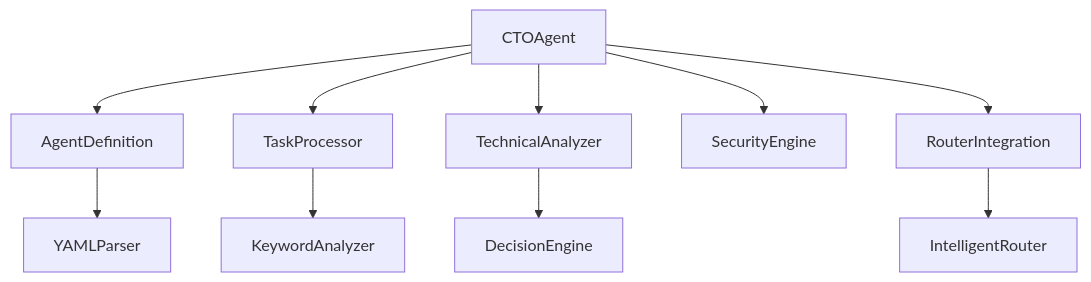
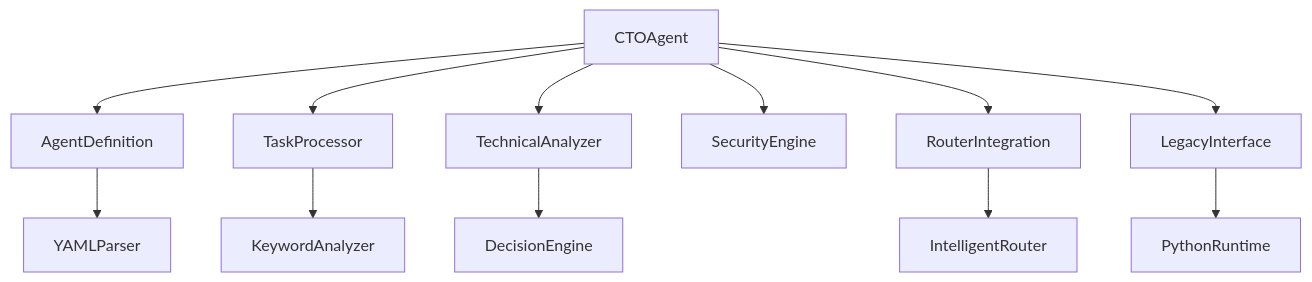
Before and after one commit to 371-Minds/os: the fifth of 5 diagrams in .qoder/repowiki/en/content/CTO Agent (Alex).md, drawn with Mermaid. The commit also changed other lines of this file and 8 other files, not shown here.

````diff
--- a/.qoder/repowiki/en/content/CTO Agent (Alex).md
+++ b/.qoder/repowiki/en/content/CTO Agent (Alex).md
@@ -320,12 +332,14 @@
 ```mermaid
 graph TD
 CTOAgent --> AgentDefinition
 CTOAgent --> TaskProcessor
 CTOAgent --> TechnicalAnalyzer
 CTOAgent --> SecurityEngine
 CTOAgent --> RouterIntegration
+CTOAgent --> LegacyInterface
 AgentDefinition --> YAMLParser
 TaskProcessor --> KeywordAnalyzer
 TechnicalAnalyzer --> DecisionEngine
 RouterIntegration --> IntelligentRouter
+LegacyInterface --> PythonRuntime
 ```
````
